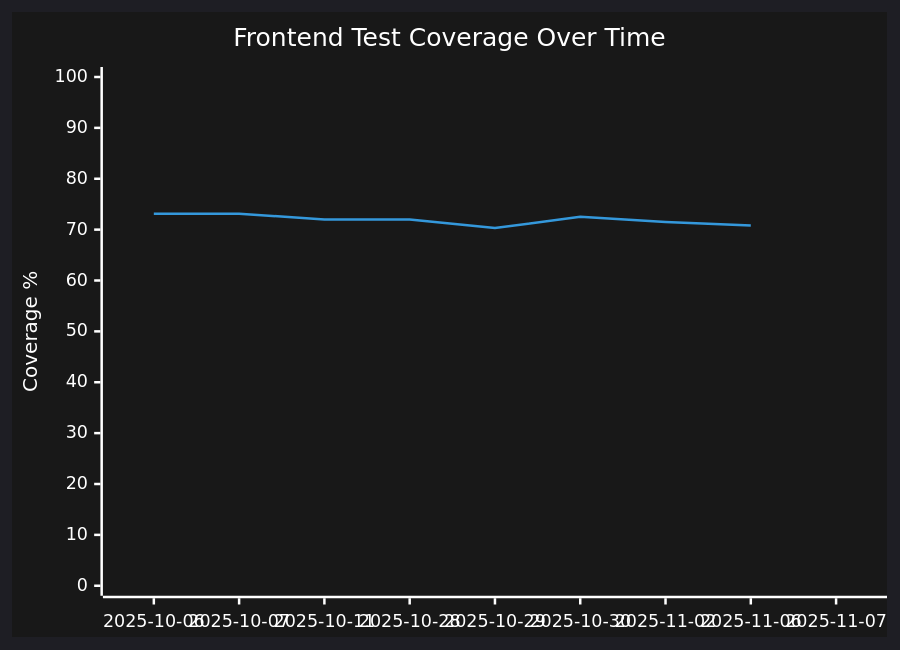
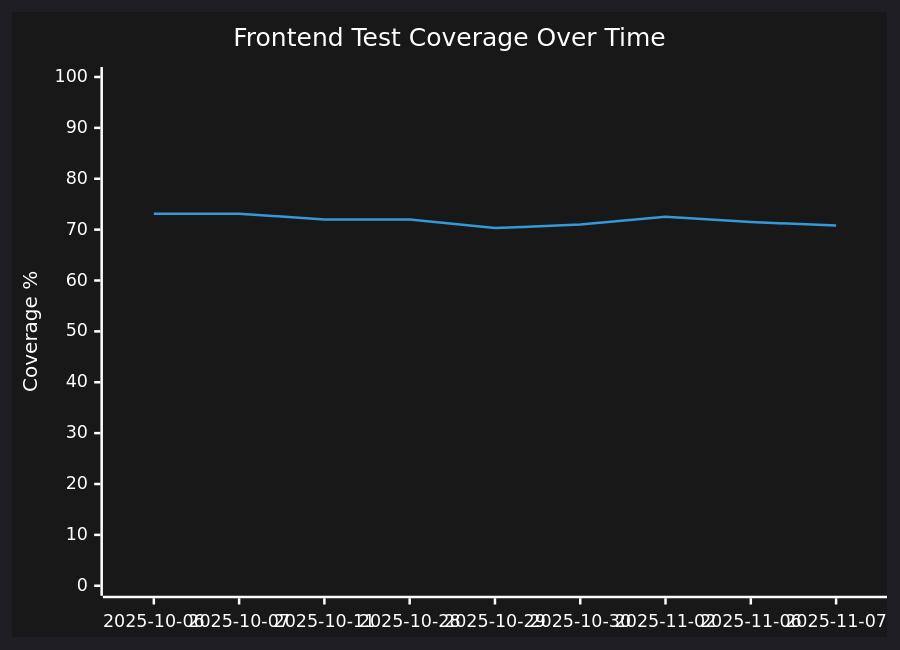
The second of 3 diagrams in docs/TEST_COVERAGE.md (dianlight/srat), drawn with Mermaid before and after one commit. The commit also changed other lines of this file and 1 other file, not shown here.

````diff
--- a/docs/TEST_COVERAGE.md
+++ b/docs/TEST_COVERAGE.md
@@ -170,8 +170,8 @@
 ```mermaid
 %%{init: {'theme':'dark', 'themeVariables': { 'primaryColor':'#222','primaryTextColor':'#fff','primaryBorderColor':'#388E3C','lineColor':'#2196F3','secondaryColor':'#FFC107','tertiaryColor':'#fff','background':'#181818'}}}%%
 xychart-beta
   title "Frontend Test Coverage Over Time"
   x-axis [2025-10-06, 2025-10-07, 2025-10-11, 2025-10-28, 2025-10-29, 2025-10-30, 2025-11-02, 2025-11-06, 2025-11-07]
   y-axis "Coverage %" 0 --> 100
-  line [73.11, 73.11, 72.0, 72.0, 70.30, 72.51, 71.48, 70.81]
+  line [73.11, 73.11, 72.0, 72.0, 70.30, 71.0, 72.51, 71.48, 70.81]
 ```
````
